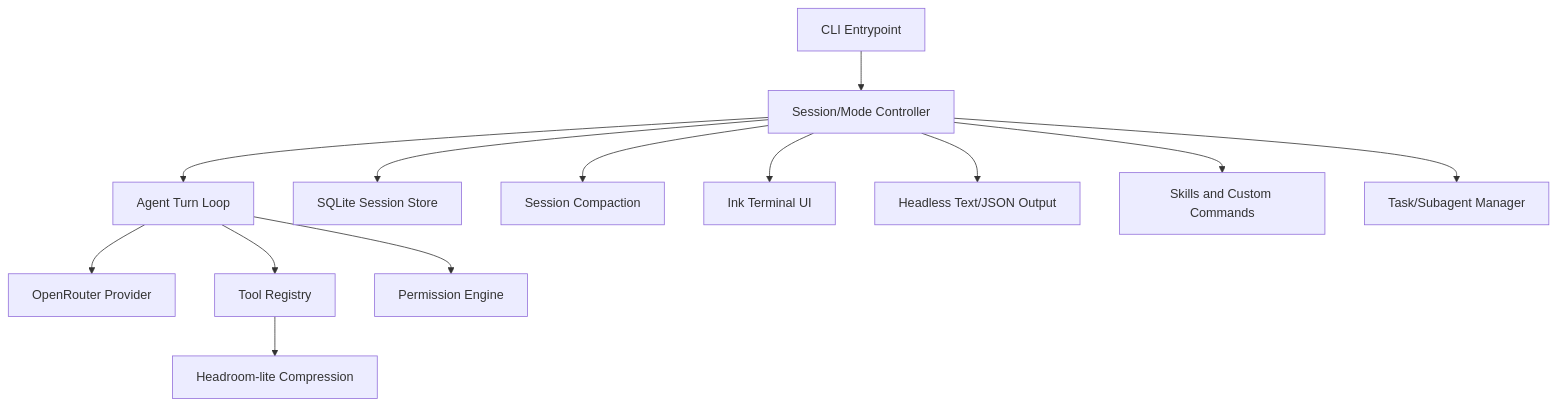
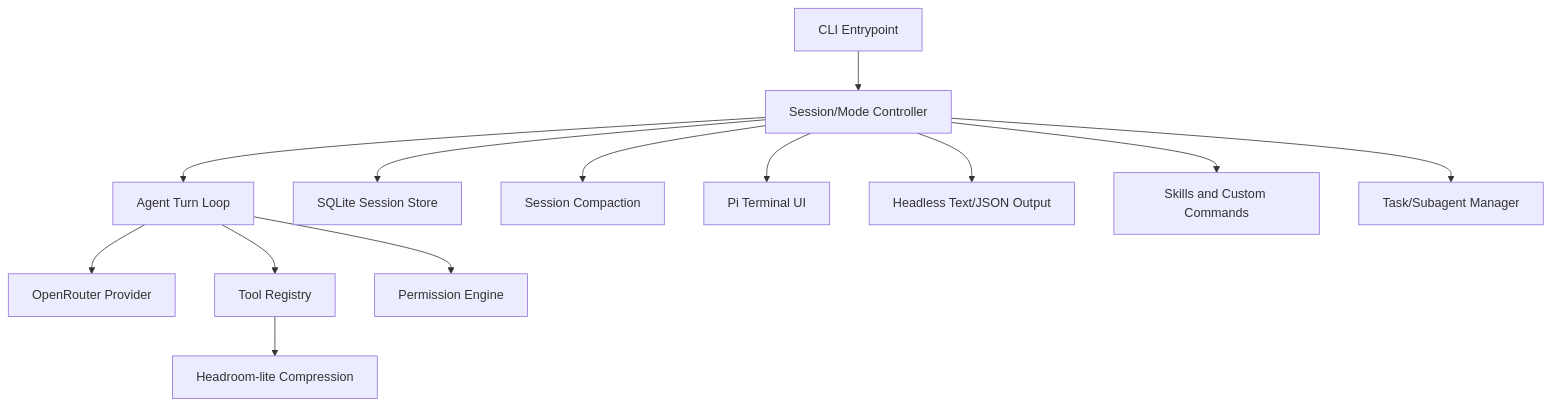
Before and after one commit to amoreX/furnace: the diagram in README.md, drawn with Mermaid. The commit also changed other lines of this file and 74 other files, not shown here.

````diff
--- a/README.md
+++ b/README.md
@@ -318,15 +318,15 @@
 ```mermaid
 flowchart TD
   CLI[CLI Entrypoint] --> Controller[Session/Mode Controller]
   Controller --> Runtime[Agent Turn Loop]
   Runtime --> Provider[OpenRouter Provider]
   Runtime --> Tools[Tool Registry]
   Runtime --> Permissions[Permission Engine]
   Controller --> Sessions[SQLite Session Store]
   Controller --> Compaction[Session Compaction]
   Tools --> Compression[Headroom-lite Compression]
-  Controller --> TUI[Ink Terminal UI]
+  Controller --> TUI[Pi Terminal UI]
   Controller --> Headless[Headless Text/JSON Output]
   Controller --> Skills[Skills and Custom Commands]
   Controller --> Subagents[Task/Subagent Manager]
 ```
````
